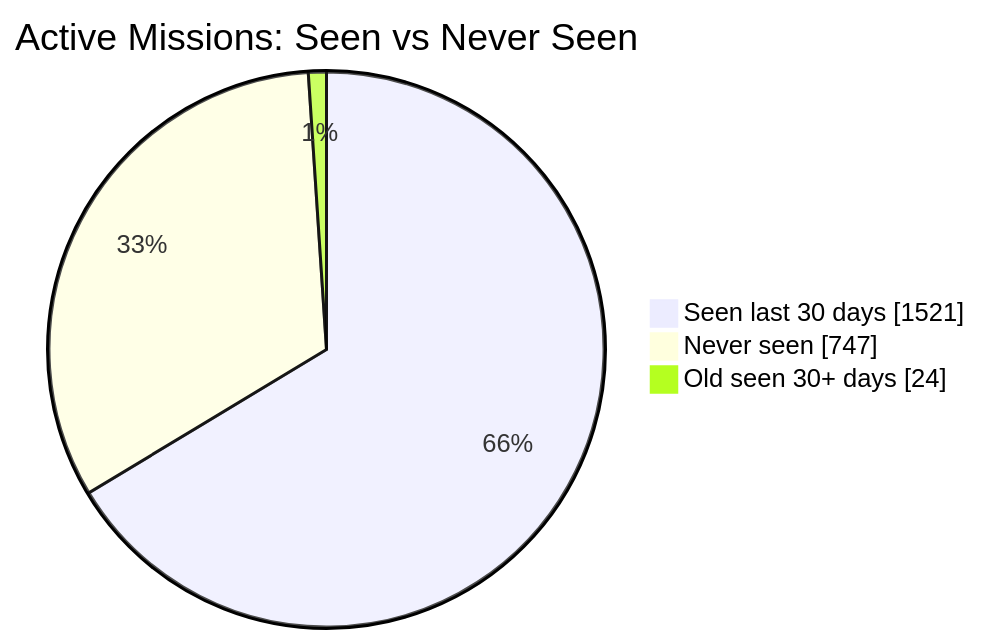
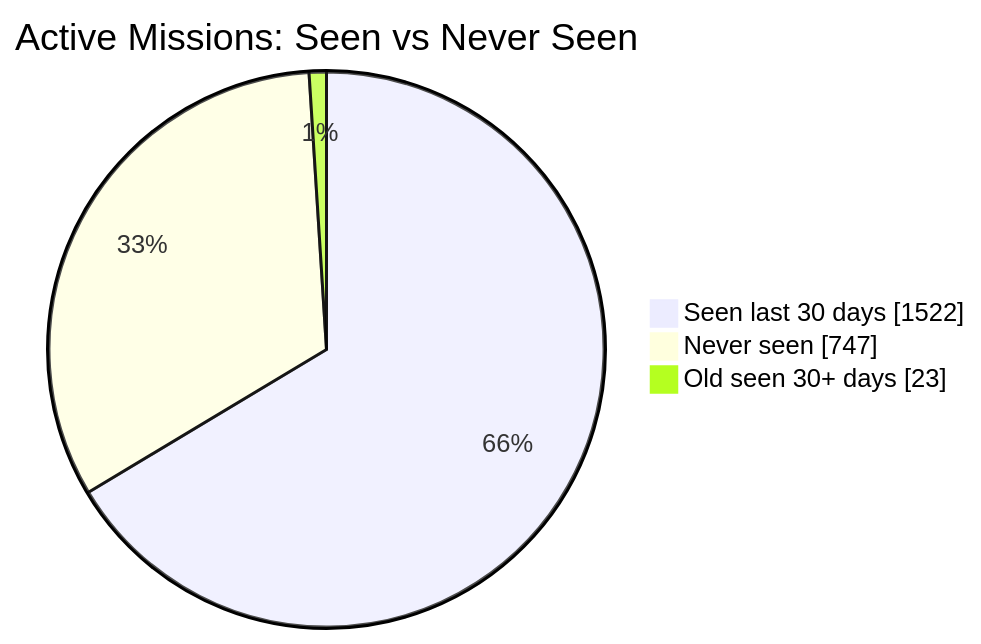
The first of 2 diagrams in README.md (MeldkamerspelGameTeam/active-missions), drawn with Mermaid before and after one commit. The commit also changed other lines of this file and 2 other files, not shown here.

````diff
--- a/README.md
+++ b/README.md
@@ -34,7 +34,7 @@
 ```mermaid
 pie showData
     title Active Missions: Seen vs Never Seen
-    "Seen last 30 days" : 1521
+    "Seen last 30 days" : 1522
     "Never seen" : 747
-    "Old seen 30+ days" : 24
+    "Old seen 30+ days" : 23
 ```
````
